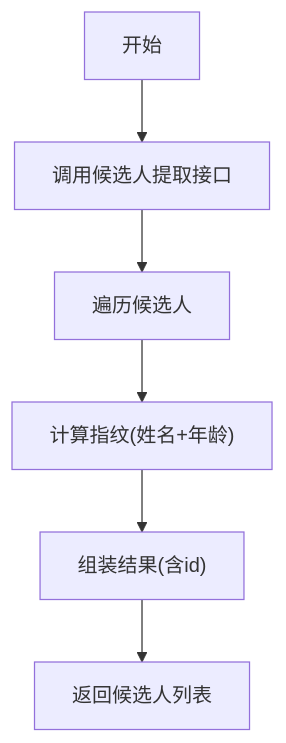
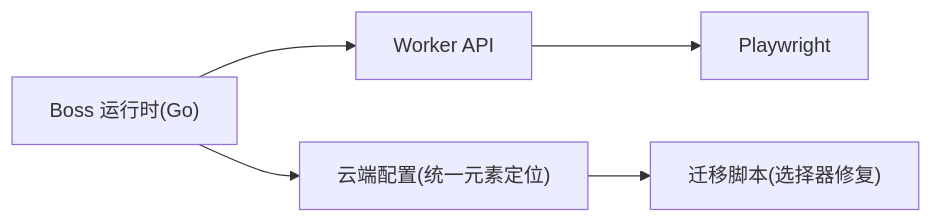
One commit to alvinwangzi/goodhr changed the sixth of 6 diagrams in .qoder/repowiki/zh/content/系统架构/本地Agent架构/平台适配器系统/Boss直聘适配器.md. Above: the diagram before and after it, drawn with Mermaid. The commit also changed other lines of this file and 149 other files, not shown here.

````diff
--- a/.qoder/repowiki/zh/content/系统架构/本地Agent架构/平台适配器系统/Boss直聘适配器.md
+++ b/.qoder/repowiki/zh/content/系统架构/本地Agent架构/平台适配器系统/Boss直聘适配器.md
@@ -200,8 +273,7 @@
 ```mermaid
-flowchart TD
-A["开始"] --> E["调用候选人提取接口"]
-E --> L["遍历候选人"]
-L --> V["计算指纹(姓名+年龄)"]
-V --> O["组装结果(含id)"]
-O --> R["返回候选人列表"]
+graph LR
+GO["Boss 运行时(Go)"] --> API["Worker API"]
+API --> PW["Playwright"]
+GO --> CFG["云端配置(统一元素定位)"]
+CFG --> MIG["迁移脚本(选择器修复)"]
 ```
````
